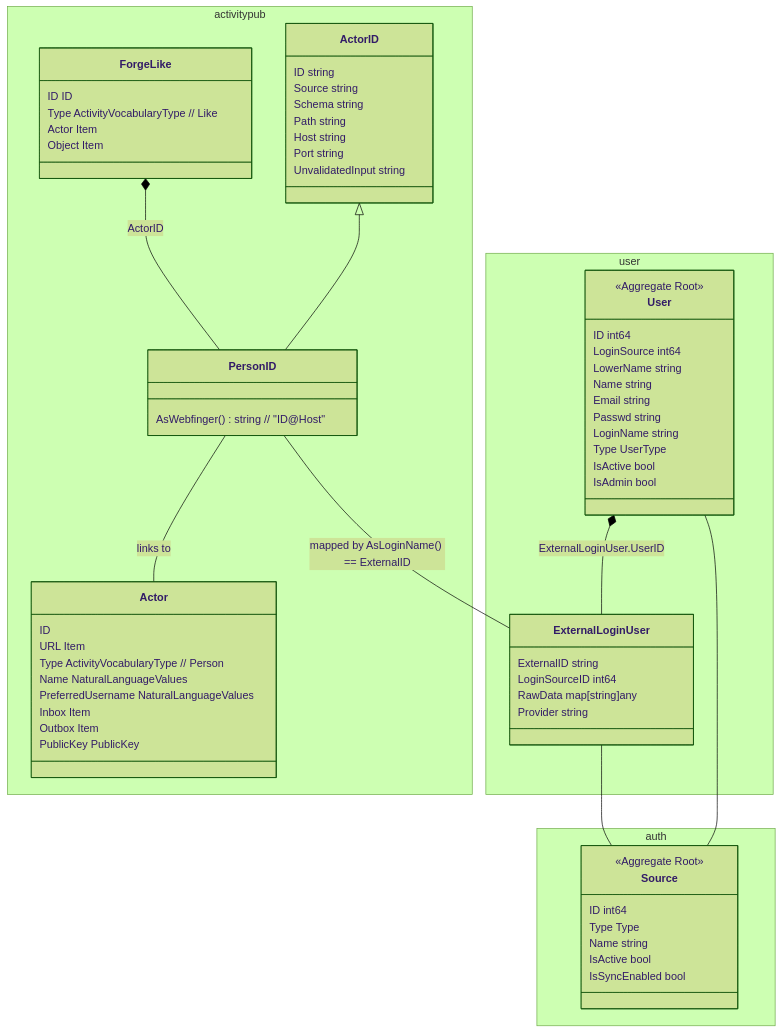
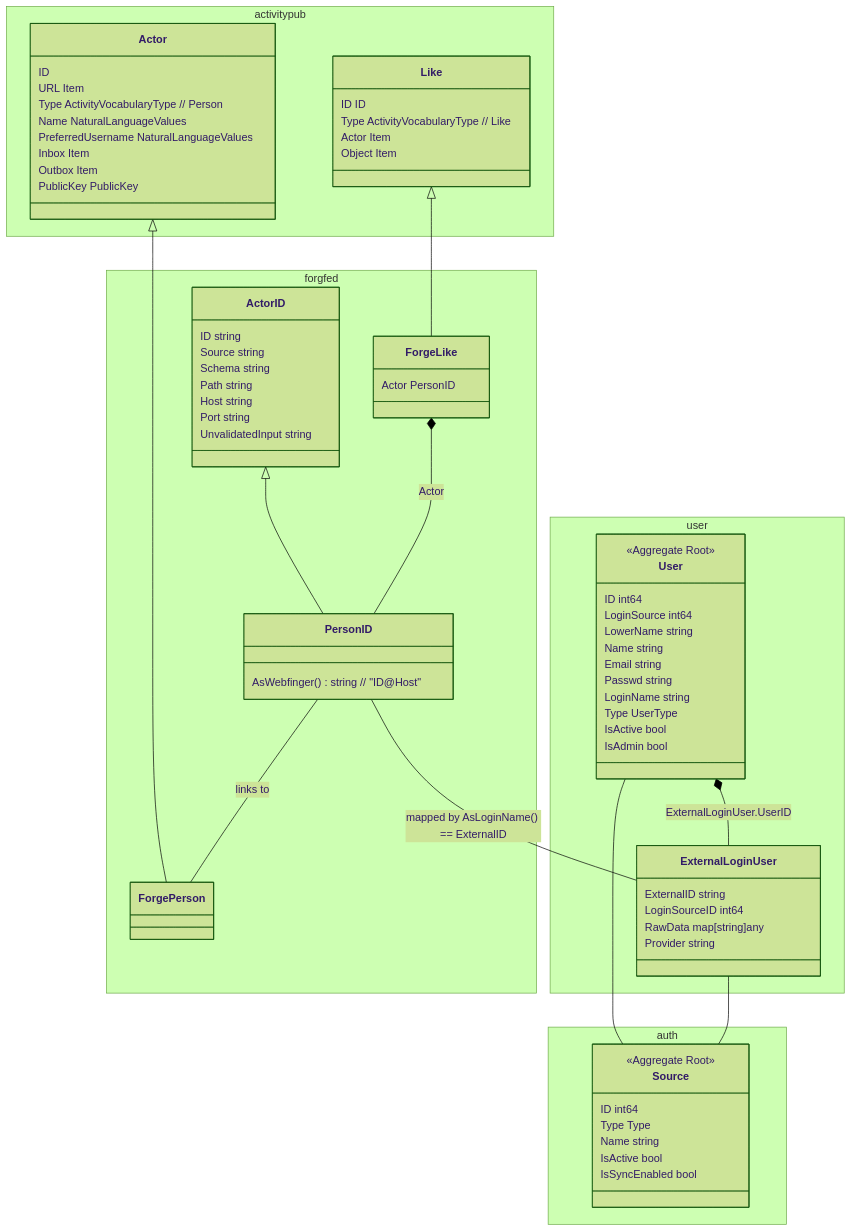
Before and after one commit to yonasBSD/forgejo: the second of 4 diagrams in docs/unsure-where-to-put/adr-map-federated-person.md, drawn with Mermaid (forest theme). The commit also changed other lines of this file, not shown here.

Commit message:
make class diagram more accurate

````diff
--- a/docs/unsure-where-to-put/adr-map-federated-person.md
+++ b/docs/unsure-where-to-put/adr-map-federated-person.md
@@ -153,7 +163,7 @@
 ```mermaid
 classDiagram
   namespace activitypub {
-    class ForgeLike {
+    class Like {
       ID ID
       Type ActivityVocabularyType // Like
       Actor Item
@@ -169,6 +179,14 @@
       Outbox Item
       PublicKey PublicKey
     }
+  }
+
+  namespace forgfed {
+    class ForgePerson {
+    }
+    class ForgeLike {
+      Actor PersonID
+    }
     class ActorID {
       ID               string
       Source           string
@@ -182,10 +200,6 @@
       AsWebfinger() string // "ID@Host"
     }
   }
-
-  ActorID <|-- PersonID
-  ForgeLike *-- PersonID: ActorID
-  PersonID -- Actor: links to
 
   namespace user {
     class User {
@@ -221,8 +235,15 @@
     }
   }
 
+  Actor <|-- ForgePerson
+  Like <|-- ForgeLike
+  
+  ActorID <|-- PersonID
+  ForgeLike *-- PersonID: Actor
+  PersonID -- ForgePerson: links to
+  PersonID -- ExternalLoginUser: mapped by AsLoginName() == ExternalID
+
   User *-- ExternalLoginUser: ExternalLoginUser.UserID
   User -- Source
   ExternalLoginUser -- Source
-  PersonID -- ExternalLoginUser: mapped by AsLoginName() == ExternalID
 ```
````
